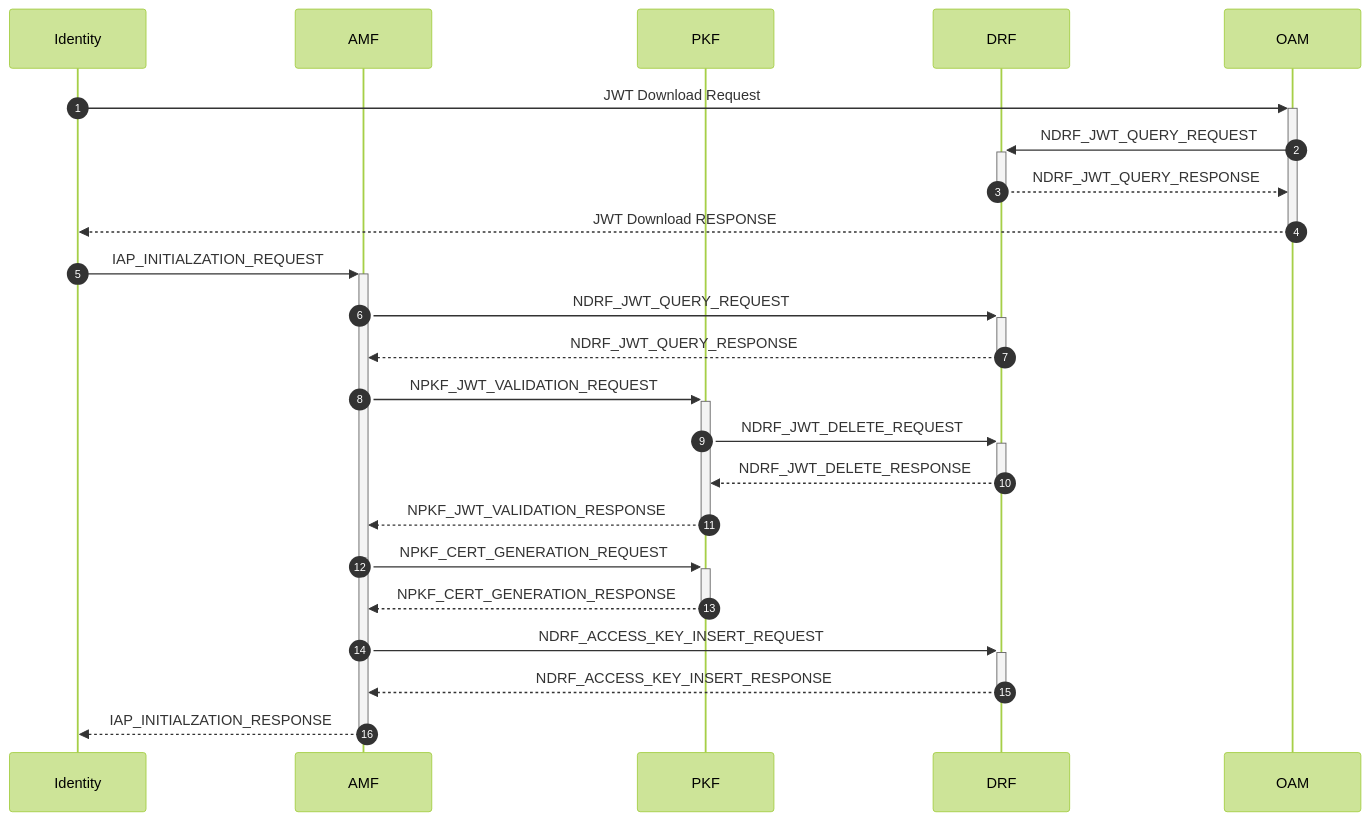
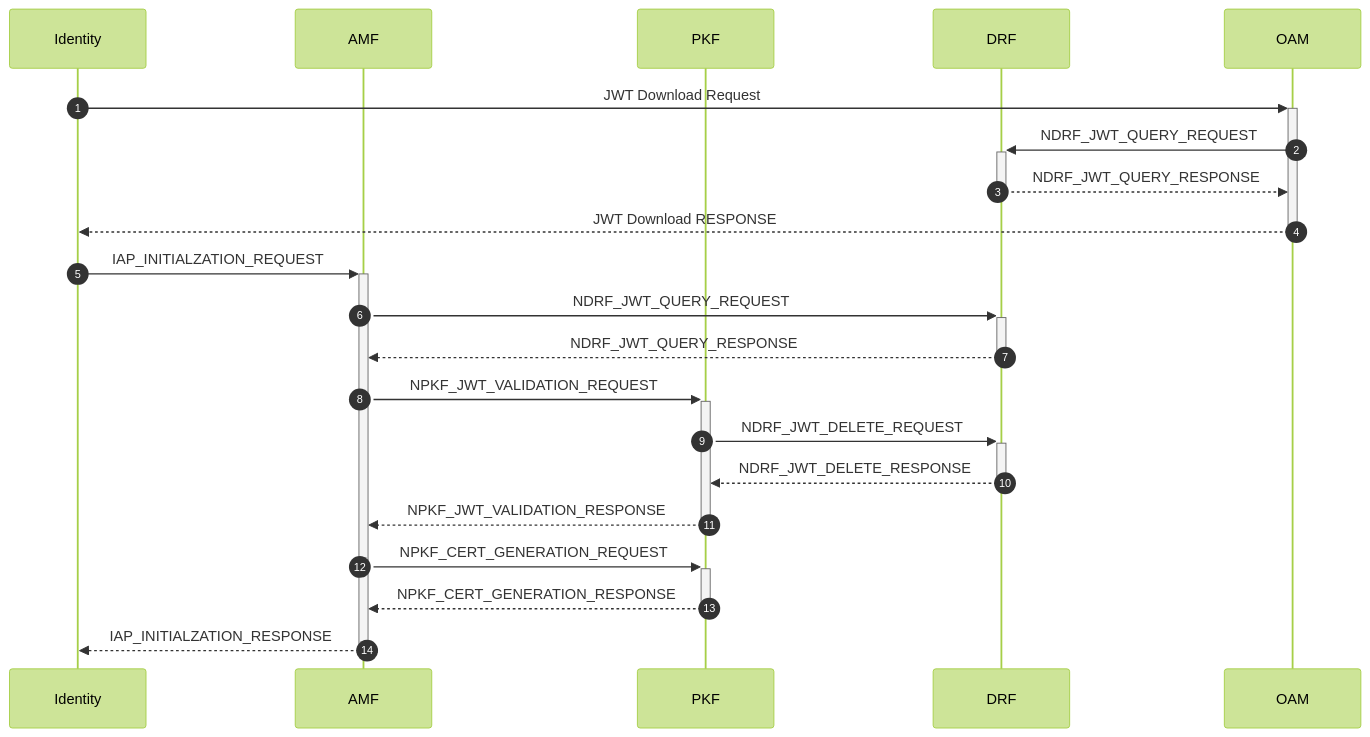
One commit to veil-link/veilink changed the sixth of 23 diagrams in doc/doc-spec/00-series-general/00.002-procedure.md. Above: the diagram before and after it, drawn with Mermaid (forest theme). The commit also changed other lines of this file and 2 other files, not shown here.

Commit message:
chore: remove access key with access public/private key

````diff
--- a/doc/doc-spec/00-series-general/00.002-procedure.md
+++ b/doc/doc-spec/00-series-general/00.002-procedure.md
@@ -132,28 +139,26 @@
 ```mermaid
 sequenceDiagram
     autonumber
 
     participant id as Identity
     participant amf as AMF
     participant pkf as PKF
     participant drf as DRF
     participant oam as OAM
 
     id ->>+ oam: JWT Download Request
     oam ->>+ drf: NDRF_JWT_QUERY_REQUEST
     drf -->>- oam: NDRF_JWT_QUERY_RESPONSE
     oam -->>- id: JWT Download RESPONSE
 
     id ->>+ amf: IAP_INITIALZATION_REQUEST
     amf ->>+ drf: NDRF_JWT_QUERY_REQUEST
     drf -->>- amf: NDRF_JWT_QUERY_RESPONSE
     amf ->>+ pkf: NPKF_JWT_VALIDATION_REQUEST
     pkf ->>+ drf: NDRF_JWT_DELETE_REQUEST
     drf -->>- pkf: NDRF_JWT_DELETE_RESPONSE
     pkf -->>- amf: NPKF_JWT_VALIDATION_RESPONSE
     amf ->>+ pkf: NPKF_CERT_GENERATION_REQUEST
     pkf -->>- amf: NPKF_CERT_GENERATION_RESPONSE
-    amf ->>+ drf: NDRF_ACCESS_KEY_INSERT_REQUEST
-    drf -->>- amf: NDRF_ACCESS_KEY_INSERT_RESPONSE
     amf -->>- id: IAP_INITIALZATION_RESPONSE
 ```
````
